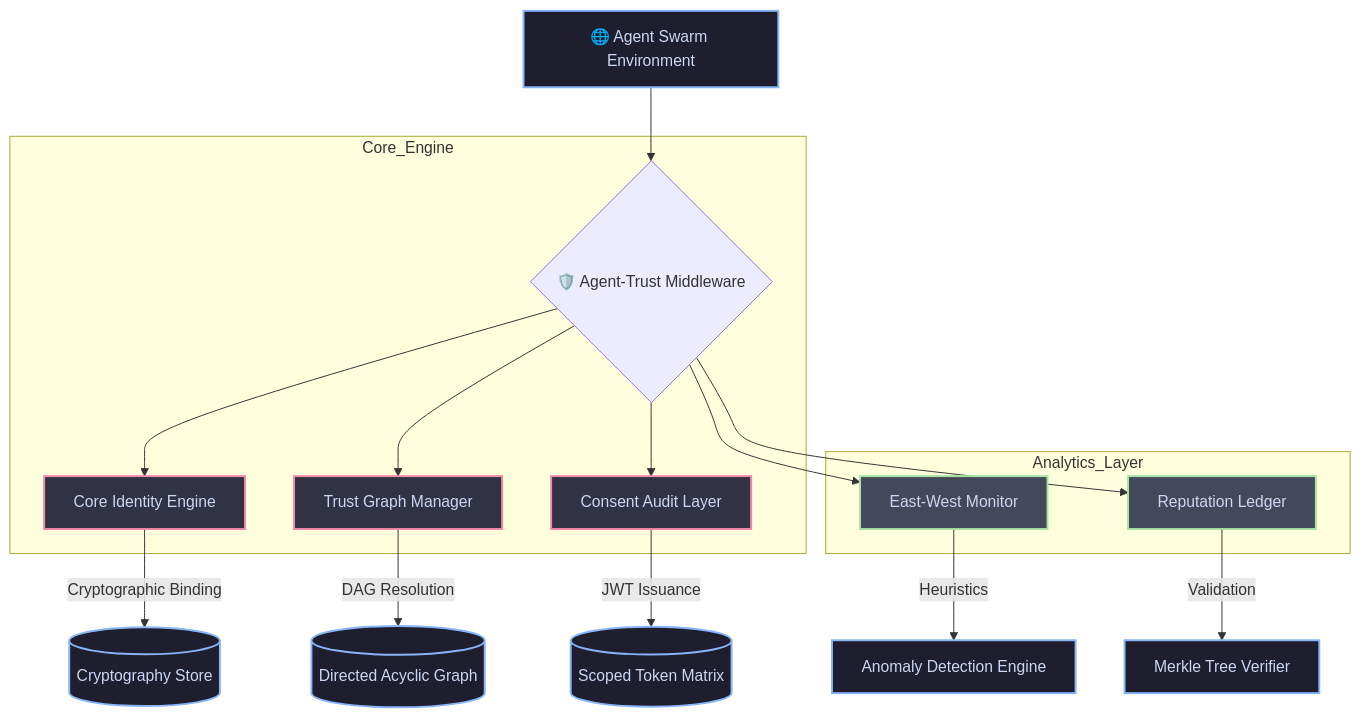
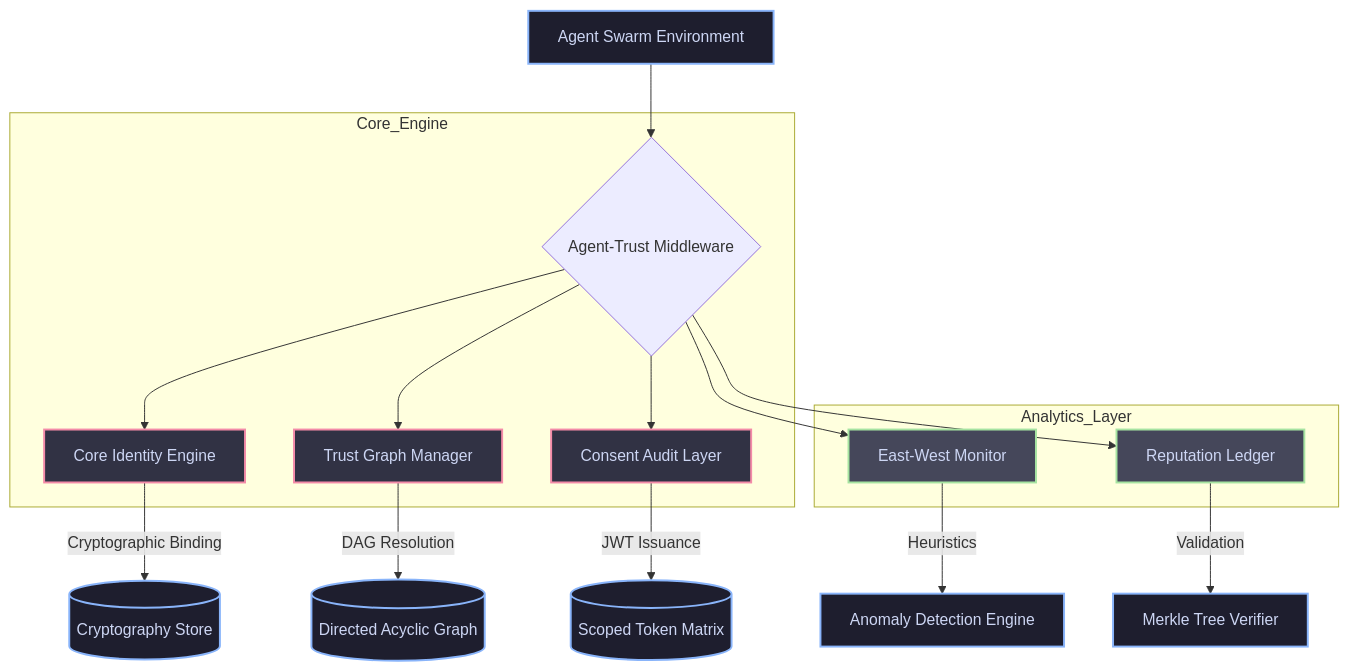
Before and after one commit to MrDecryptDecipher/Agent-Trust: the first of 30 diagrams in README.md, drawn with Mermaid. The commit also changed other lines of this file, not shown here.

````diff
--- a/README.md
+++ b/README.md
@@ -22,25 +22,25 @@
 ```mermaid
-graph TD
-    classDef sys fill:#1e1e2e,stroke:#89b4fa,stroke-width:2px,color:#cdd6f4;
-    classDef core fill:#313244,stroke:#f38ba8,stroke-width:2px,color:#cdd6f4;
-    classDef mod fill:#45475a,stroke:#a6e3a1,stroke-width:2px,color:#cdd6f4;
+flowchart TD
+    classDef sys fill:#1e1e2e,stroke:#89b4fa,stroke-width:2px,color:#cdd6f4
+    classDef core fill:#313244,stroke:#f38ba8,stroke-width:2px,color:#cdd6f4
+    classDef mod fill:#45475a,stroke:#a6e3a1,stroke-width:2px,color:#cdd6f4
     
-    A["🌐 Agent Swarm Environment"]:::sys --> B{"🛡️ Agent-Trust Middleware"}
+    A["Agent Swarm Environment"]:::sys --> B{"Agent-Trust Middleware"}
     
     subgraph Core_Engine
         B --> C["Core Identity Engine"]:::core
         B --> D["Trust Graph Manager"]:::core
         B --> E["Consent Audit Layer"]:::core
     end
     
     subgraph Analytics_Layer
         B --> F["East-West Monitor"]:::mod
         B --> G["Reputation Ledger"]:::mod
     end
     
-    C -- "Cryptographic Binding" --> H[("Cryptography Store")]:::sys
-    D -- "DAG Resolution" --> I[("Directed Acyclic Graph")]:::sys
-    E -- "JWT Issuance" --> J[("Scoped Token Matrix")]:::sys
-    F -- "Heuristics" --> K["Anomaly Detection Engine"]:::sys
-    G -- "Validation" --> L["Merkle Tree Verifier"]:::sys
+    C -->|Cryptographic Binding| H[("Cryptography Store")]:::sys
+    D -->|DAG Resolution| I[("Directed Acyclic Graph")]:::sys
+    E -->|JWT Issuance| J[("Scoped Token Matrix")]:::sys
+    F -->|Heuristics| K["Anomaly Detection Engine"]:::sys
+    G -->|Validation| L["Merkle Tree Verifier"]:::sys
 ```
````
